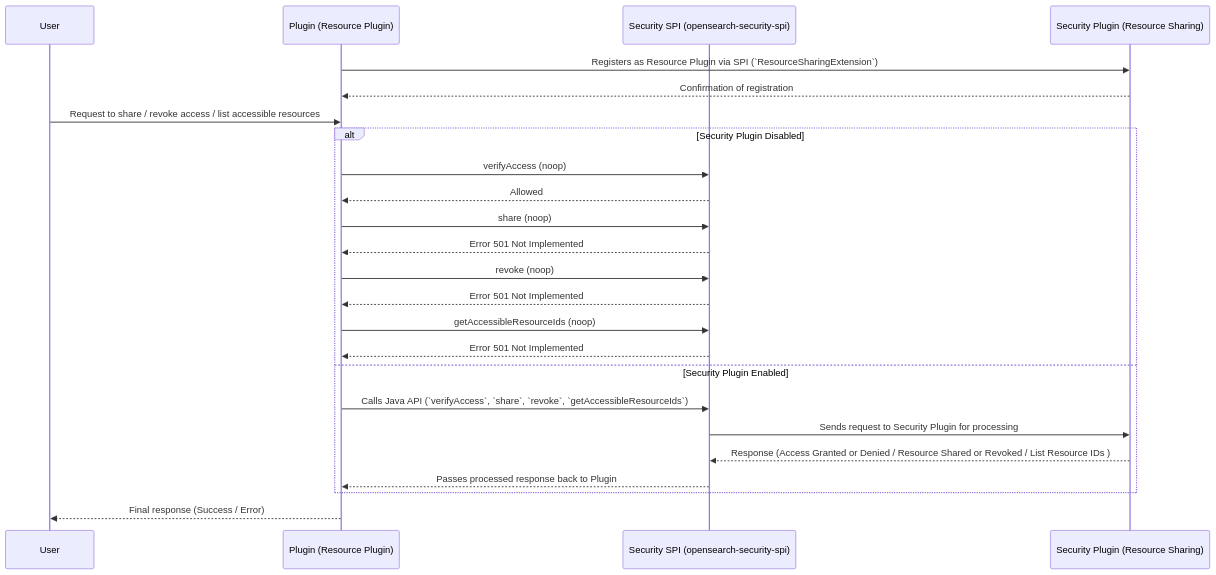
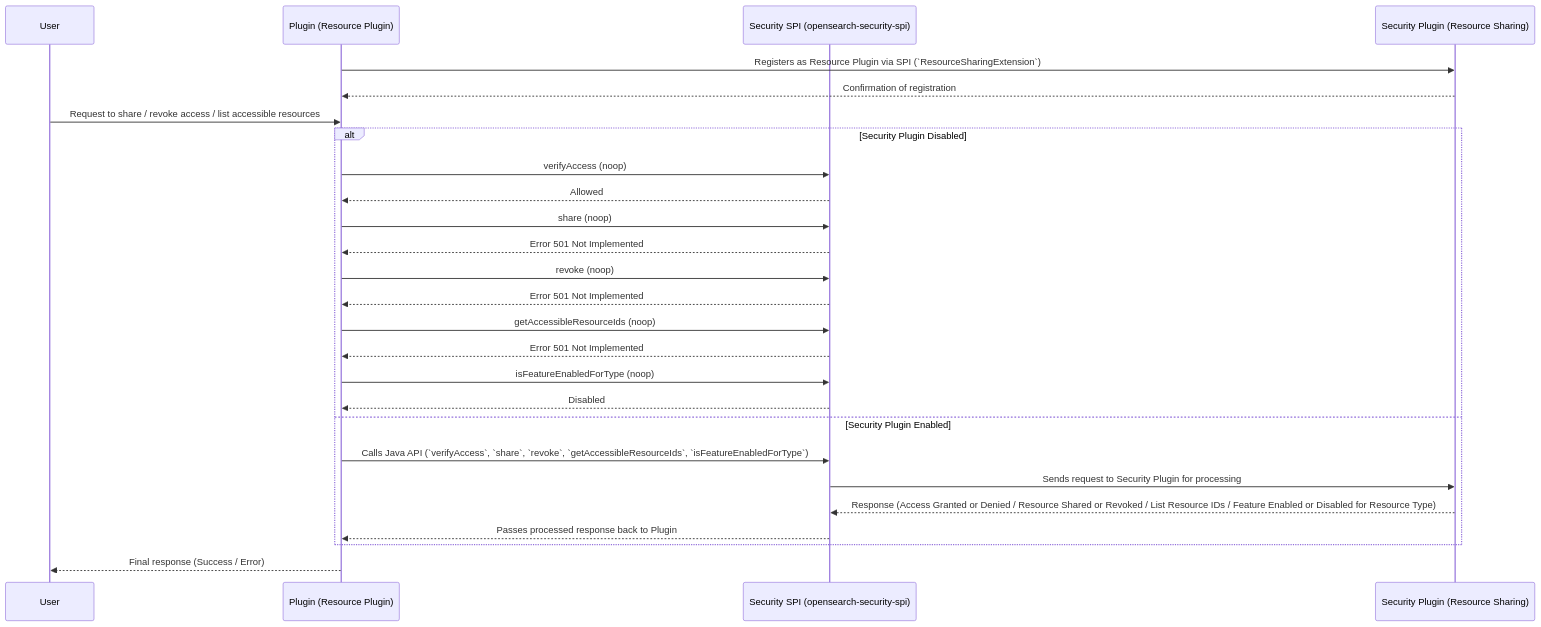
The diagram in RESOURCE_SHARING_AND_ACCESS_CONTROL.md (opensearch-project/security), drawn with Mermaid before and after one commit. The commit also changed other lines of this file and 4 other files, not shown here.

Commit message:
Make migrate api require default access level to be supplied and updates documentations + tests

````diff
--- a/RESOURCE_SHARING_AND_ACCESS_CONTROL.md
+++ b/RESOURCE_SHARING_AND_ACCESS_CONTROL.md
@@ -369,47 +365,50 @@
 ```mermaid
 sequenceDiagram
     participant User as User
     participant Plugin as Plugin (Resource Plugin)
     participant SPI as Security SPI (opensearch-security-spi)
     participant Security as Security Plugin (Resource Sharing)
 
     %% Step 1: Plugin registers itself as a Resource Plugin
     Plugin ->> Security: Registers as Resource Plugin via SPI (`ResourceSharingExtension`)
     Security -->> Plugin: Confirmation of registration
 
     %% Step 2: User interacts with Plugin API
     User ->> Plugin: Request to share / revoke access / list accessible resources
 
     %% Alternative flow based on Security Plugin status
     alt Security Plugin Disabled
 
     %% For verify: return allowed
       Plugin ->> SPI: verifyAccess (noop)
       SPI -->> Plugin: Allowed
     %% For share, revoke, and list: return 501 Not Implemented
       Plugin ->> SPI: share (noop)
       SPI -->> Plugin: Error 501 Not Implemented
 
       Plugin ->> SPI: revoke (noop)
       SPI -->> Plugin: Error 501 Not Implemented
 
       Plugin ->> SPI: getAccessibleResourceIds (noop)
       SPI -->> Plugin: Error 501 Not Implemented
 
+      Plugin ->> SPI: isFeatureEnabledForType (noop)
+      SPI -->> Plugin: Disabled
+
     else Security Plugin Enabled
     %% Step 3: Plugin calls Java APIs declared by ResourceSharingClient
-      Plugin ->> SPI: Calls Java API (`verifyAccess`, `share`, `revoke`, `getAccessibleResourceIds`)
+      Plugin ->> SPI: Calls Java API (`verifyAccess`, `share`, `revoke`, `getAccessibleResourceIds`, `isFeatureEnabledForType`)
 
     %% Step 4: Request is sent to Security Plugin
       SPI ->> Security: Sends request to Security Plugin for processing
 
     %% Step 5: Security Plugin handles request and returns response
-      Security -->> SPI: Response (Access Granted or Denied / Resource Shared or Revoked / List Resource IDs )
+      Security -->> SPI: Response (Access Granted or Denied / Resource Shared or Revoked / List Resource IDs / Feature Enabled or Disabled for Resource Type)
 
     %% Step 6: Security SPI sends response back to Plugin
       SPI -->> Plugin: Passes processed response back to Plugin
     end
 
     %% Step 7: Plugin processes response and sends final response to User
     Plugin -->> User: Final response (Success / Error)
 ```
````
